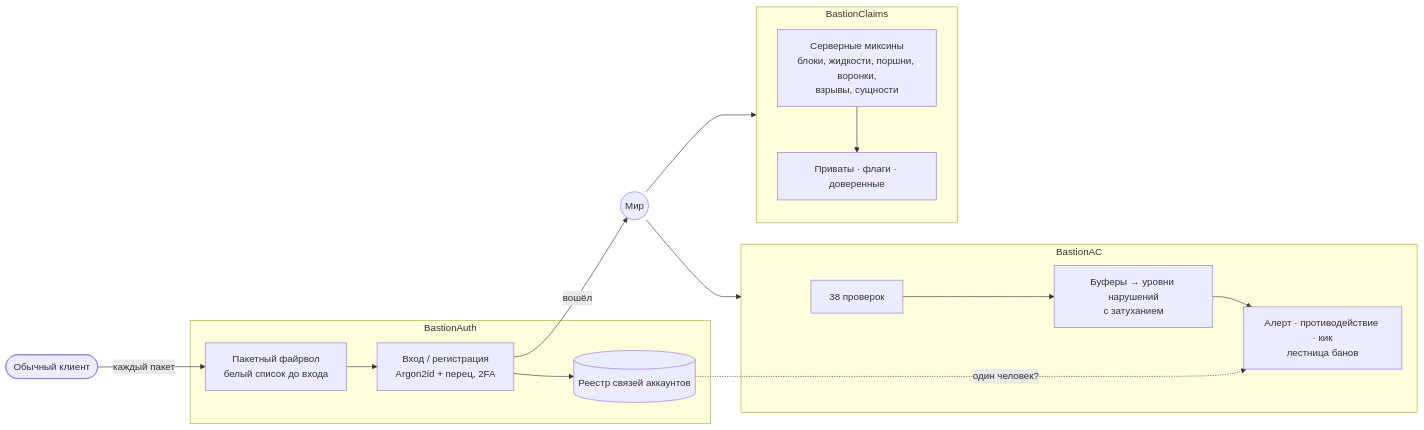
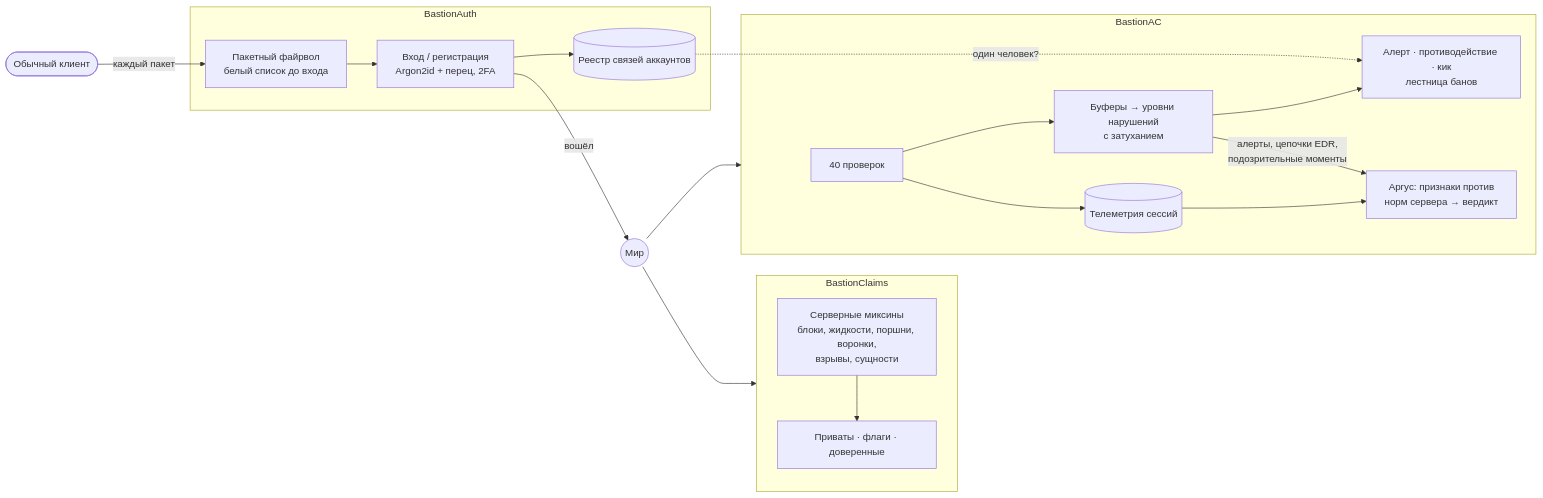
Before and after one commit to dhehdjebejen-beep/Bastion: the diagram in README.ru.md, drawn with Mermaid. The commit also changed other lines of this file and 6 other files, not shown here.

````diff
--- a/README.ru.md
+++ b/README.ru.md
@@ -47,18 +52,21 @@
 ```mermaid
 flowchart LR
     C([Обычный клиент]) -->|каждый пакет| FW
     subgraph Auth [BastionAuth]
         FW[Пакетный файрвол<br/>белый список до входа] --> LG[Вход / регистрация<br/>Argon2id + перец, 2FA]
         LG --> LK[(Реестр связей аккаунтов)]
     end
     LG -->|вошёл| W((Мир))
     W --> AC
     subgraph AC [BastionAC]
-        CH[38 проверок] --> VL[Буферы → уровни нарушений<br/>с затуханием] --> ACT[Алерт · противодействие · кик<br/>лестница банов]
+        CH[40 проверок] --> VL[Буферы → уровни нарушений<br/>с затуханием] --> ACT[Алерт · противодействие · кик<br/>лестница банов]
+        CH --> TL[(Телеметрия сессий)]
+        VL -->|алерты, цепочки EDR,<br/>подозрительные моменты| AR[Аргус: признаки против<br/>норм сервера → вердикт]
+        TL --> AR
     end
     W --> CL
     subgraph CL [BastionClaims]
         MX[Серверные миксины<br/>блоки, жидкости, поршни, воронки,<br/>взрывы, сущности] --> CF[Приваты · флаги · доверенные]
     end
     LK -. один человек? .-> ACT
 ```
````
